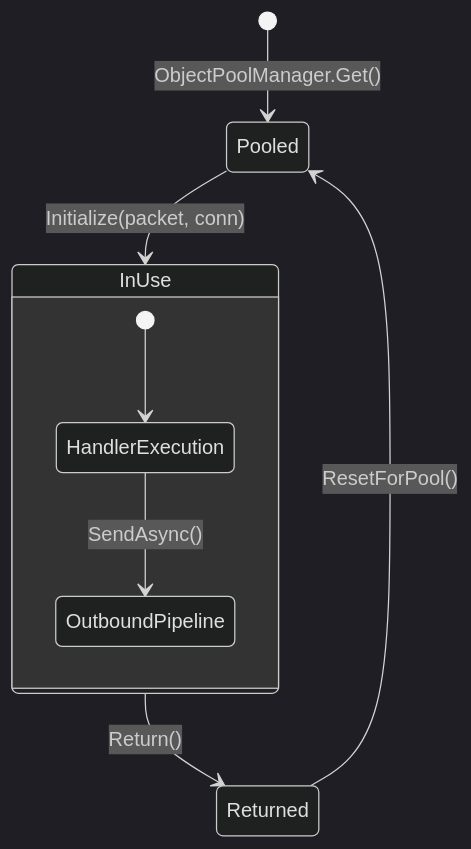
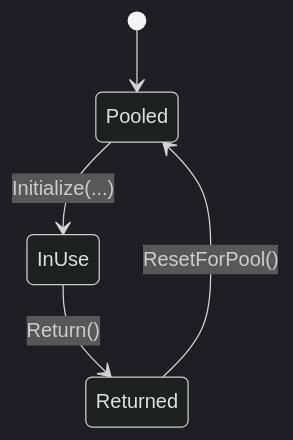
Before and after one commit to ppn-systems/Nalix: the diagram in docs/api/runtime/routing/packet-context.md, drawn with Mermaid (dark theme). The commit also changed other lines of this file and 75 other files, not shown here.

````diff
--- a/docs/api/runtime/routing/packet-context.md
+++ b/docs/api/runtime/routing/packet-context.md
@@ -7,11 +39,7 @@
 ```mermaid
 stateDiagram-v2
-    [*] --> Pooled: ObjectPoolManager.Get()
-    Pooled --> InUse: Initialize(packet, conn)
-    state InUse {
-        [*] --> HandlerExecution
-        HandlerExecution --> OutboundPipeline: SendAsync()
-    }
+    [*] --> Pooled
+    Pooled --> InUse: Initialize(...)
     InUse --> Returned: Return()
     Returned --> Pooled: ResetForPool()
 ```
````
